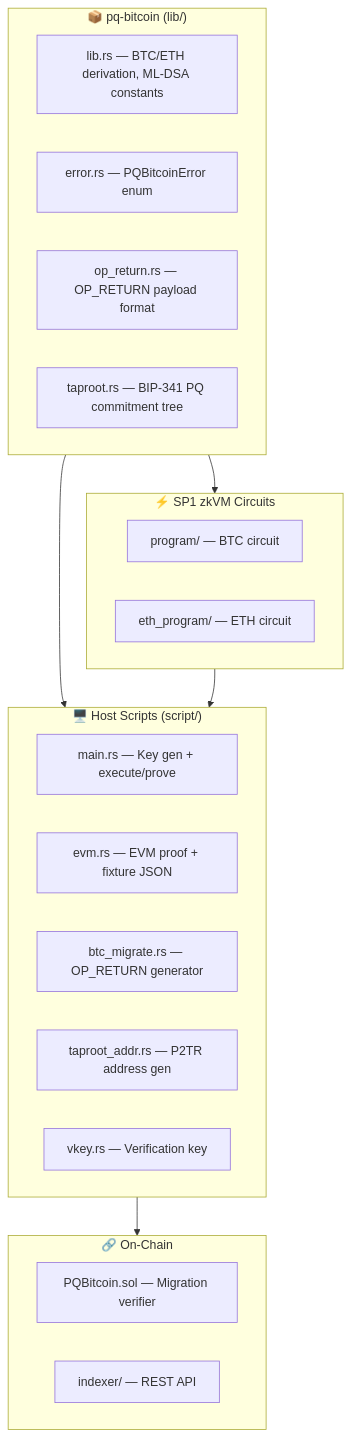
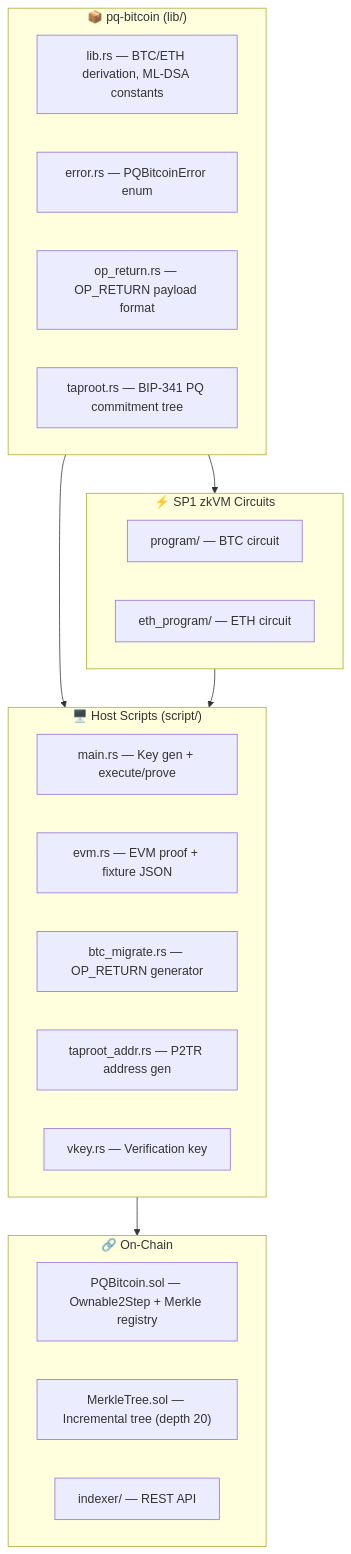
The fifth of 9 diagrams in README.md (skardas/pq_bitcoin), drawn with Mermaid before and after one commit. The commit also changed other lines of this file, not shown here.

````diff
--- a/README.md
+++ b/README.md
@@ -325,32 +325,33 @@
 ```mermaid
 graph TD
     subgraph LIB["📦 pq-bitcoin (lib/)"]
         L1["lib.rs — BTC/ETH derivation, ML-DSA constants"]
         L2["error.rs — PQBitcoinError enum"]
         L3["op_return.rs — OP_RETURN payload format"]
         L4["taproot.rs — BIP-341 PQ commitment tree"]
     end
 
     subgraph CIRCUITS["⚡ SP1 zkVM Circuits"]
         P1["program/ — BTC circuit"]
         P2["eth_program/ — ETH circuit"]
     end
 
     subgraph HOST["🖥️ Host Scripts (script/)"]
         S1["main.rs — Key gen + execute/prove"]
         S2["evm.rs — EVM proof + fixture JSON"]
         S3["btc_migrate.rs — OP_RETURN generator"]
         S4["taproot_addr.rs — P2TR address gen"]
         S5["vkey.rs — Verification key"]
     end
 
     subgraph ONCHAIN["🔗 On-Chain"]
-        C1["PQBitcoin.sol — Migration verifier"]
+        C1["PQBitcoin.sol — Ownable2Step + Merkle registry"]
+        C2["MerkleTree.sol — Incremental tree (depth 20)"]
         IX["indexer/ — REST API"]
     end
 
     LIB --> CIRCUITS
     LIB --> HOST
     HOST --> ONCHAIN
     CIRCUITS --> HOST
 ```
````
